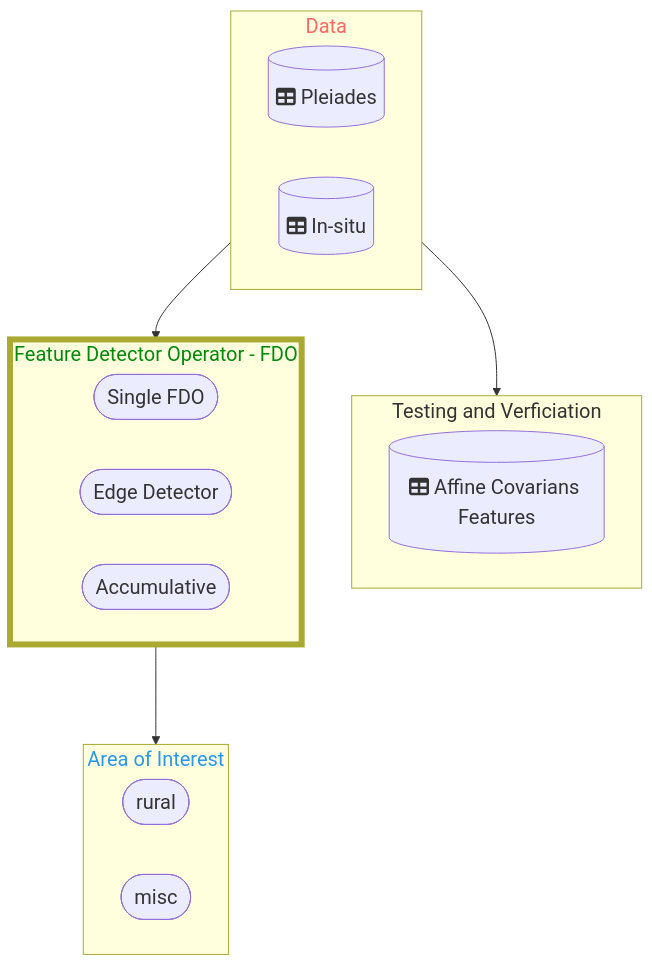
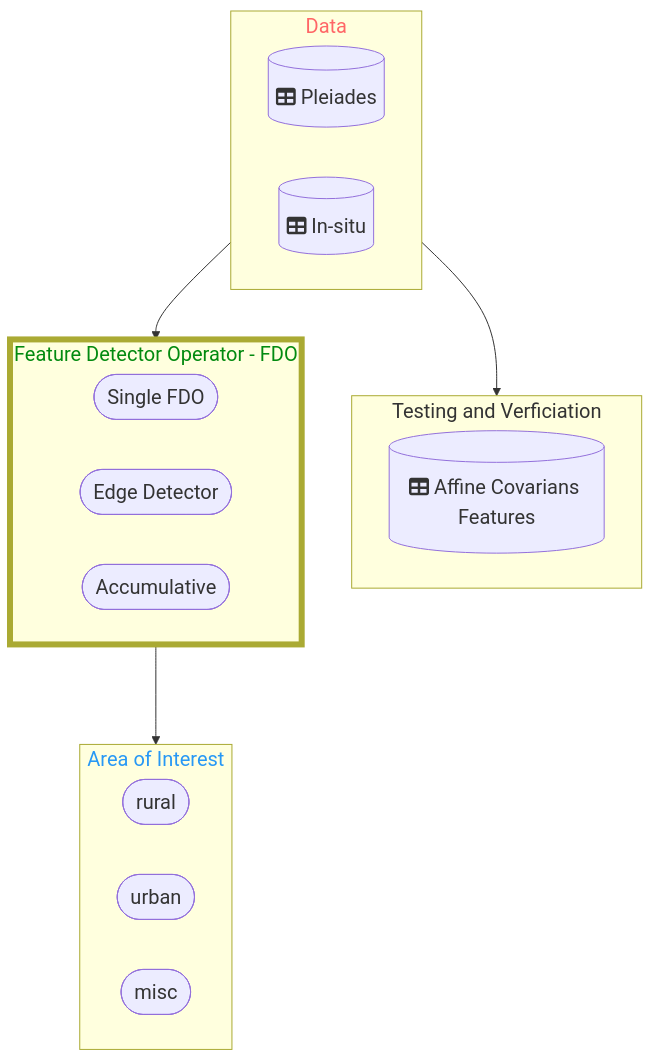
One commit to DippoldEJ/Feature-Detection-and-Explanation changed the diagram in Application/README.md. Above: the diagram before and after it, drawn with Mermaid.

````diff
--- a/Application/README.md
+++ b/Application/README.md
@@ -13,41 +13,41 @@
 ```mermaid
 flowchart TD;
 %%{init: {
 	'themeVariables': { 'fontSize': '20px', 'fontFamily': 'Didot'}
 	}
 }%%
 
  subgraph n[Data]
         direction LR
         h[(fa:fa-table Pleiades)]
 		s[(fa:fa-table In-situ)]
     end
 
  subgraph q[Testing and Verficiation]
         direction LR
         r[(fa:fa-table Affine Covarians Features)]
     end
 
  subgraph o[Feature Detector Operator - FDO]
         direction LR
         j([Single FDO])
         k([Edge Detector])
         m([Accumulative])
     end
 
 subgraph p[Area of Interest]
     a([rural])
     b([urban])
-    b([misc])
+    c([misc])
     end
 
 style n color:#f66
 style o stroke-width:6px
 style o color:#028A0F
 style p color:#2798F5
 
 n-->o
 o-->p
 n-->q
 
 ```
````
